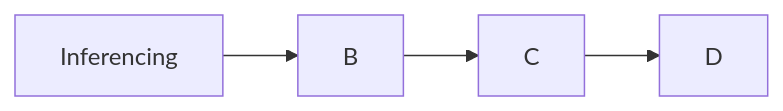
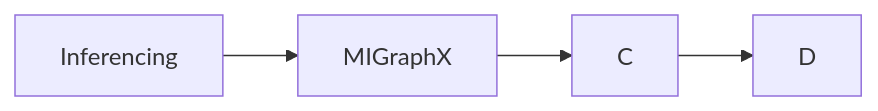
One commit to anubhavamd/sample changed the diagram in README.md. Above: the diagram before and after it, drawn with Mermaid.

````diff
--- a/README.md
+++ b/README.md
@@ -1,7 +1,8 @@
 ```mermaid
 flowchart LR
-    Inferencing-->B
-    B-->C
+    Inferencing-->MIGraphX
+    MIGraphX-->C
     C-->D
     click Inferencing href "https://github.com/anubhavamd/Deep-Learning-Updated#51-inferencing"
+    click MIGraphX href "https://github.com/anubhavamd/Deep-Learning-Updated#511-migraphx-introduction"
 ```
````
